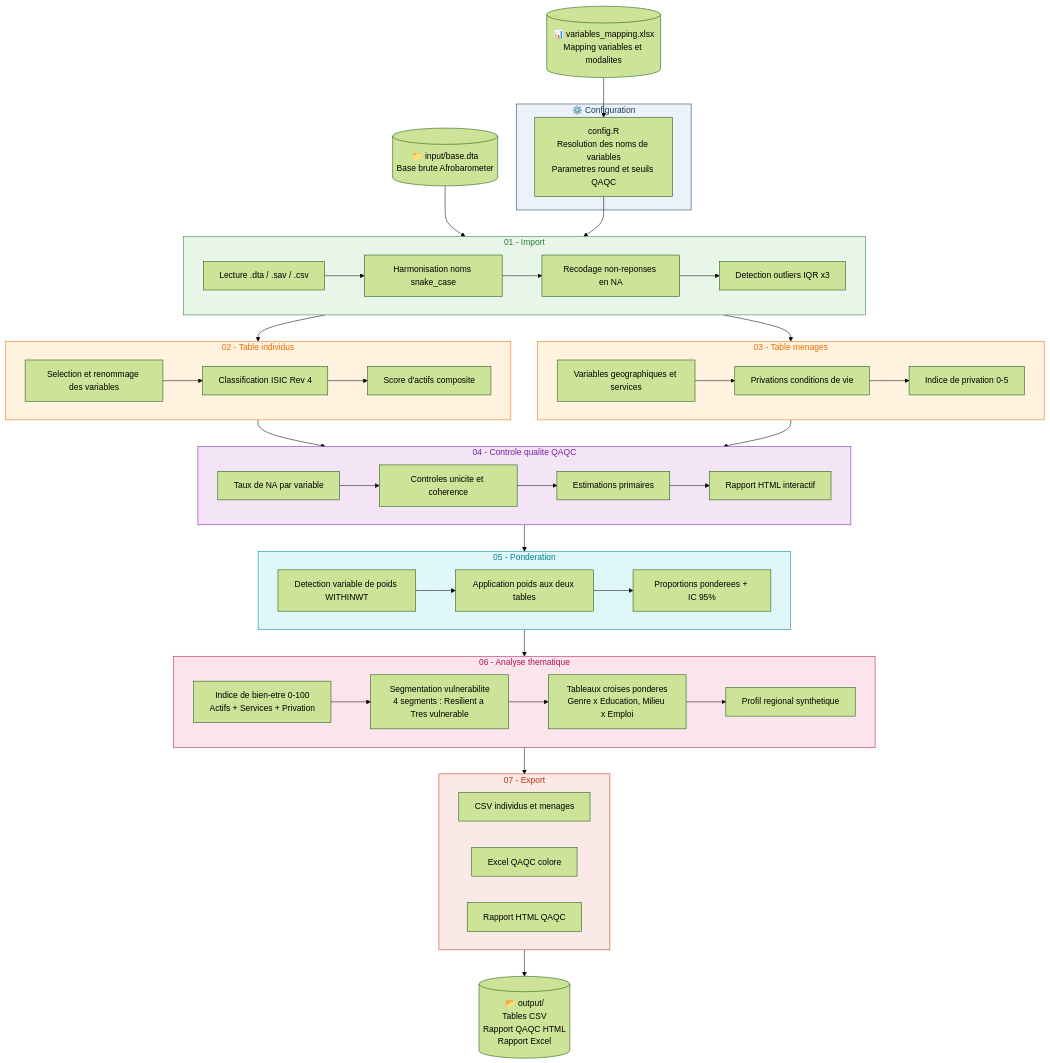
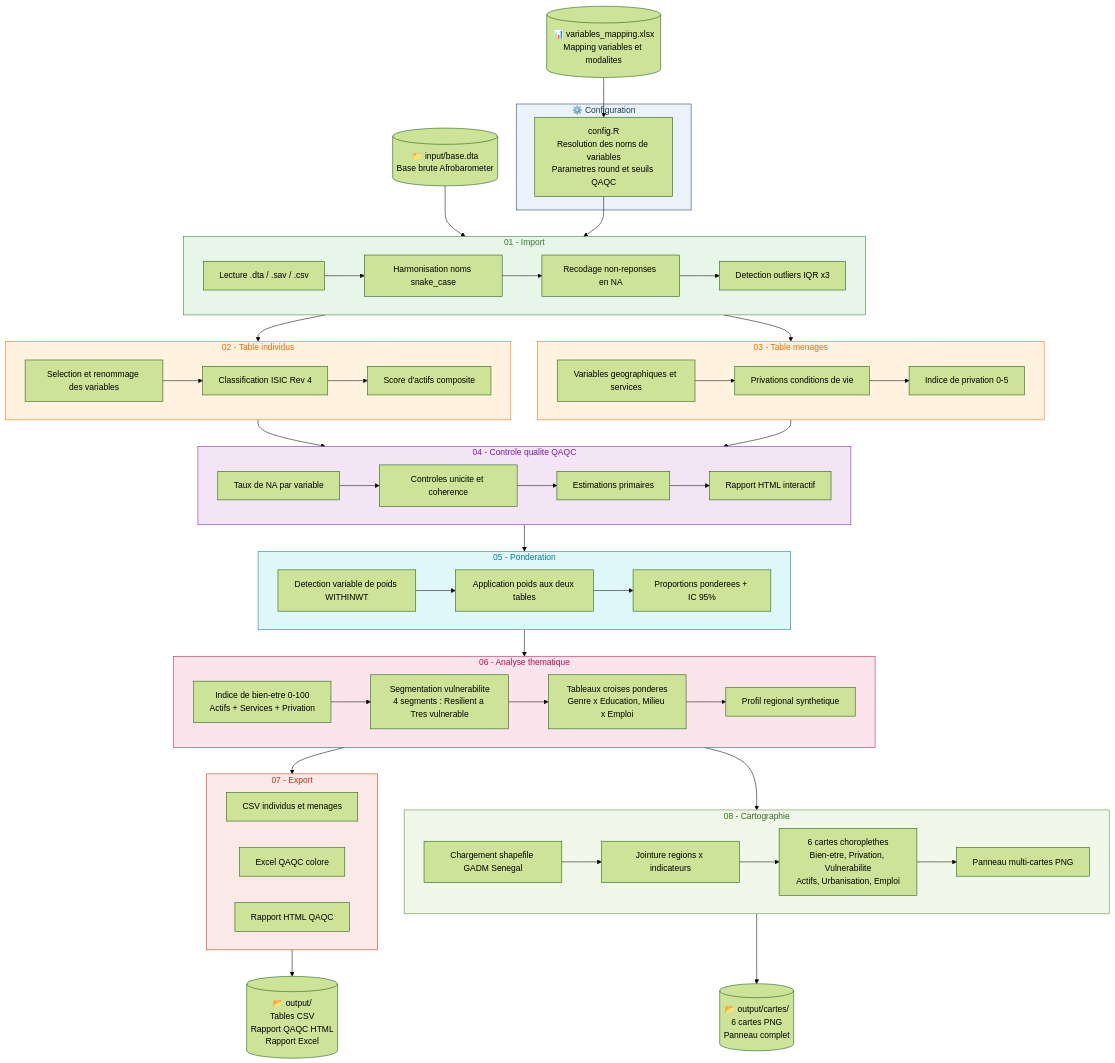
The diagram in README.md (JODRAFF9/SEN-AFROBAROMETER-PIPELINE-ENSAE), drawn with Mermaid (forest theme) before and after one commit. The commit also changed other lines of this file and 2 other files, not shown here.

First line of the commit message:
feat: module 08_cartographie - 6 cartes choroplethes du Senegal par region

````diff
--- a/README.md
+++ b/README.md
@@ -96,6 +96,7 @@
     end
 
     STEP6 --> STEP7
+    STEP6 --> STEP8
 
     subgraph STEP7 ["07 - Export"]
         E1[CSV individus et menages]
@@ -104,7 +105,16 @@
         E1 & E2 & E3
     end
 
+    subgraph STEP8 ["08 - Cartographie"]
+        C1[Chargement shapefile GADM Senegal]
+        C2[Jointure regions x indicateurs]
+        C3[6 cartes choroplethes\nBien-etre, Privation, Vulnerabilite\nActifs, Urbanisation, Emploi]
+        C4[Panneau multi-cartes PNG]
+        C1 --> C2 --> C3 --> C4
+    end
+
     STEP7 --> OUT[(📂 output/\nTables CSV\nRapport QAQC HTML\nRapport Excel)]
+    STEP8 --> MAPS[(📂 output/cartes/\n6 cartes PNG\nPanneau complet)]
 
     style CONFIG fill:#EBF2FA,stroke:#1A3A5C,color:#1A3A5C
     style STEP1  fill:#E8F5E9,stroke:#2E7D32,color:#2E7D32
@@ -114,4 +124,5 @@
     style STEP5  fill:#E0F7FA,stroke:#00838F,color:#00838F
     style STEP6  fill:#FCE4EC,stroke:#AD1457,color:#AD1457
     style STEP7  fill:#FBE9E7,stroke:#BF360C,color:#BF360C
+    style STEP8  fill:#F1F8E9,stroke:#558B2F,color:#33691E
 ```
````
